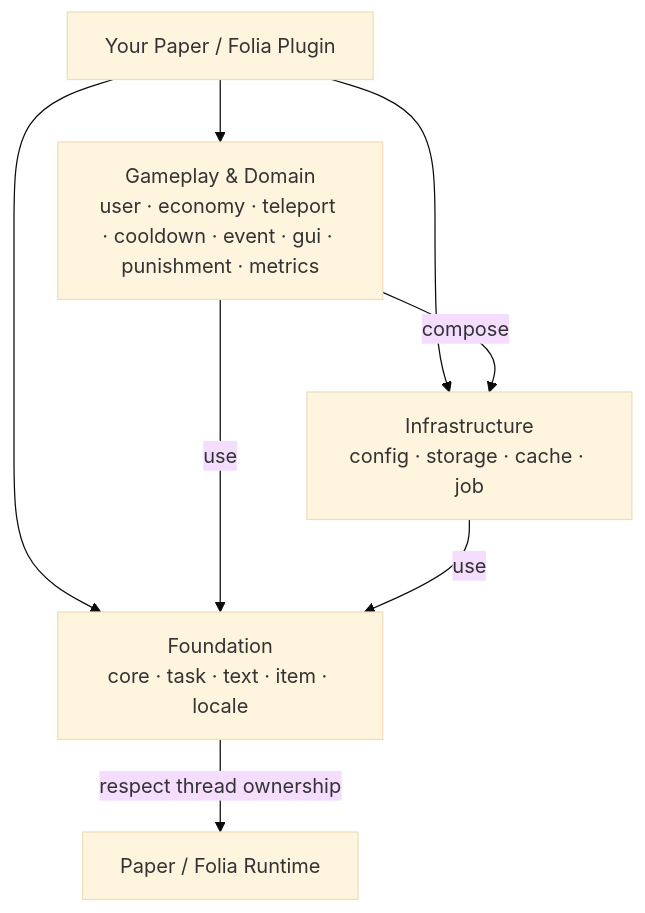
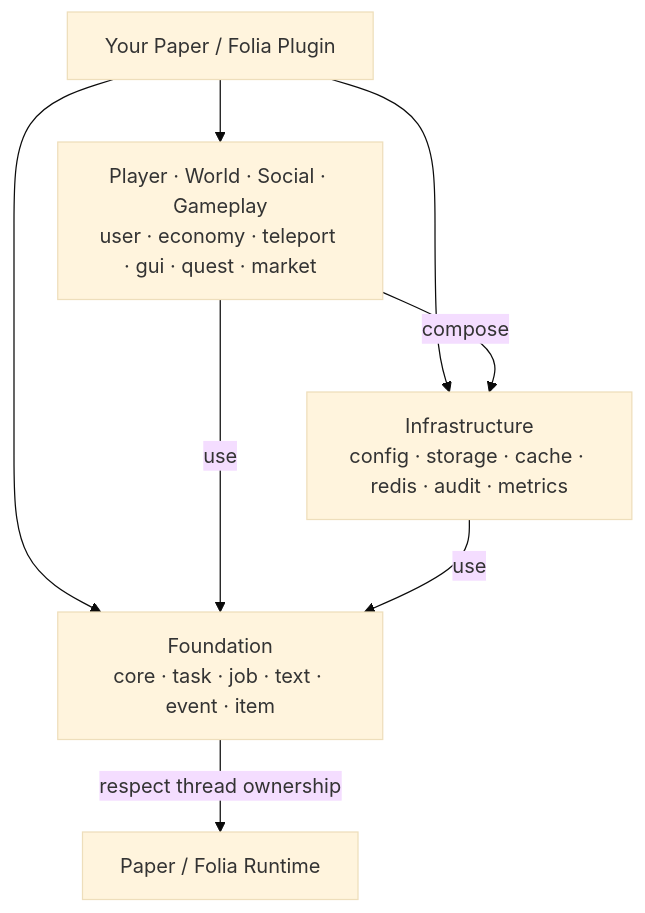
One commit to HanielCota/Cotani changed the diagram in README.md. Above: the diagram before and after it, drawn with Mermaid (base theme). The commit also changed other lines of this file and 3 other files, not shown here.

````diff
--- a/README.md
+++ b/README.md
@@ -179,16 +195,16 @@
 ```mermaid
 flowchart TB
     Plugin["Your Paper / Folia Plugin"]
-    Features["Gameplay & Domain<br/>user · economy · teleport · cooldown · event · gui · punishment · metrics"]
-    Infrastructure["Infrastructure<br/>config · storage · cache · job"]
-    Foundation["Foundation<br/>core · task · text · item · locale"]
+    Features["Player · World · Social · Gameplay<br/>user · economy · teleport · gui · quest · market"]
+    Infrastructure["Infrastructure<br/>config · storage · cache · redis · audit · metrics"]
+    Foundation["Foundation<br/>core · task · job · text · event · item"]
     Runtime["Paper / Folia Runtime"]
 
     Plugin --> Features
     Plugin --> Infrastructure
     Plugin --> Foundation
     Features -->|compose| Infrastructure
     Features -->|use| Foundation
     Infrastructure -->|use| Foundation
     Foundation -->|respect thread ownership| Runtime
 ```
````
